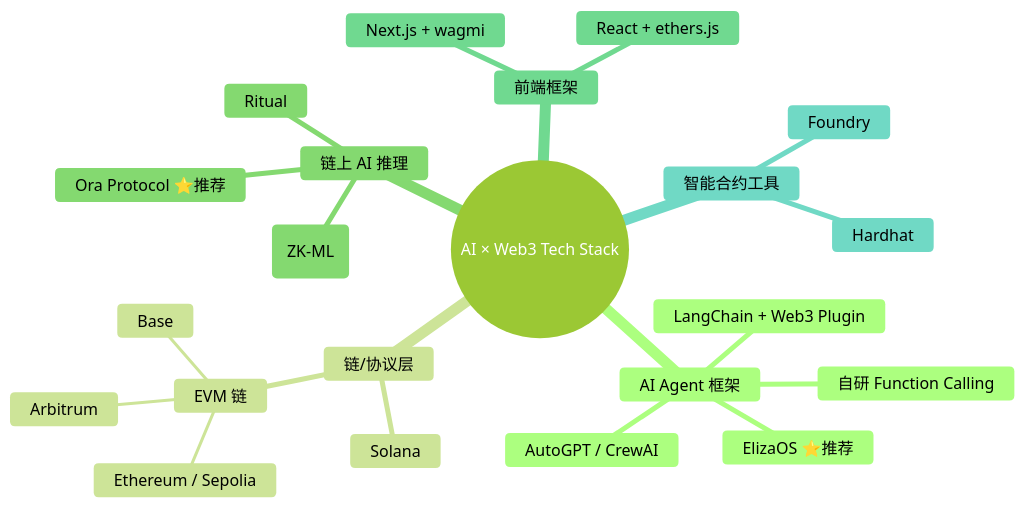
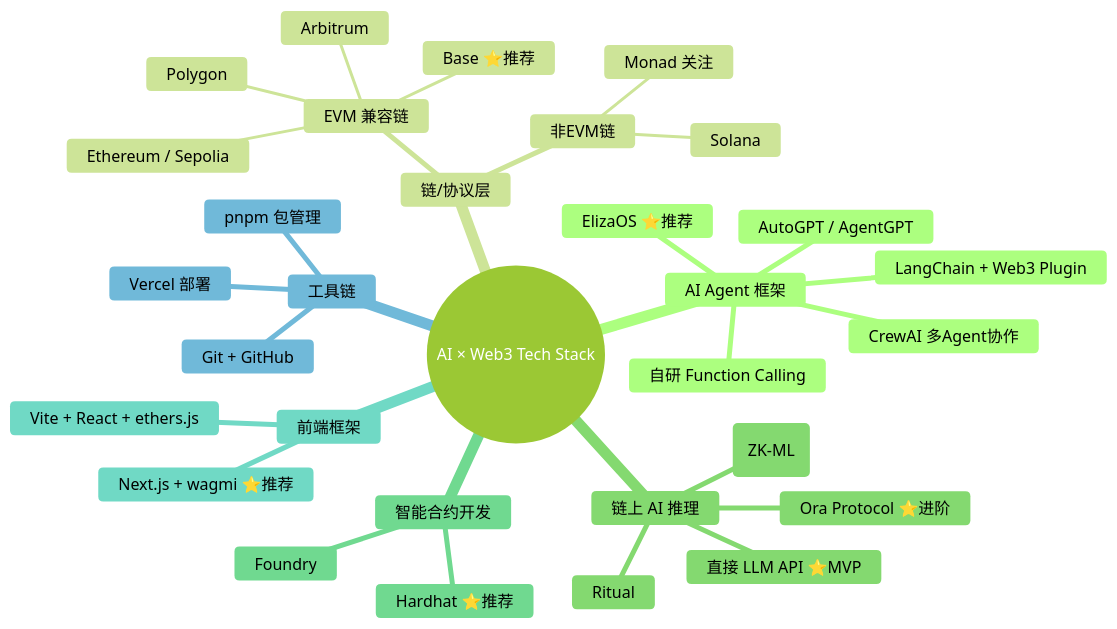
One commit to Silence-dream/ai-web3-school-cohort-0 changed the first of 8 diagrams in daily/2026-05-31-tech-stack-decision.md. Above: the diagram before and after it, drawn with Mermaid (forest theme). The commit also changed other lines of this file, not shown here.

````diff
--- a/daily/2026-05-31-tech-stack-decision.md
+++ b/daily/2026-05-31-tech-stack-decision.md
@@ -11,25 +11,34 @@
 ```mermaid
 mindmap
   root((AI × Web3 Tech Stack))
     AI Agent 框架
       ElizaOS ⭐推荐
       LangChain + Web3 Plugin
-      AutoGPT / CrewAI
+      CrewAI 多Agent协作
+      AutoGPT / AgentGPT
       自研 Function Calling
     链/协议层
-      EVM 链
+      EVM 兼容链
         Ethereum / Sepolia
-        Base
+        Base ⭐推荐
         Arbitrum
-      Solana
+        Polygon
+      非EVM链
+        Solana
+        Monad 关注
     链上 AI 推理
-      Ora Protocol ⭐推荐
+      直接 LLM API ⭐MVP
+      Ora Protocol ⭐进阶
       EZKL (ZK-ML)
       Ritual
+    智能合约开发
+      Hardhat ⭐推荐
+      Foundry
     前端框架
-      Next.js + wagmi
-      React + ethers.js
-    智能合约工具
-      Hardhat
-      Foundry
+      Next.js + wagmi ⭐推荐
+      Vite + React + ethers.js
+    工具链
+      pnpm 包管理
+      Git + GitHub
+      Vercel 部署
 ```
````
